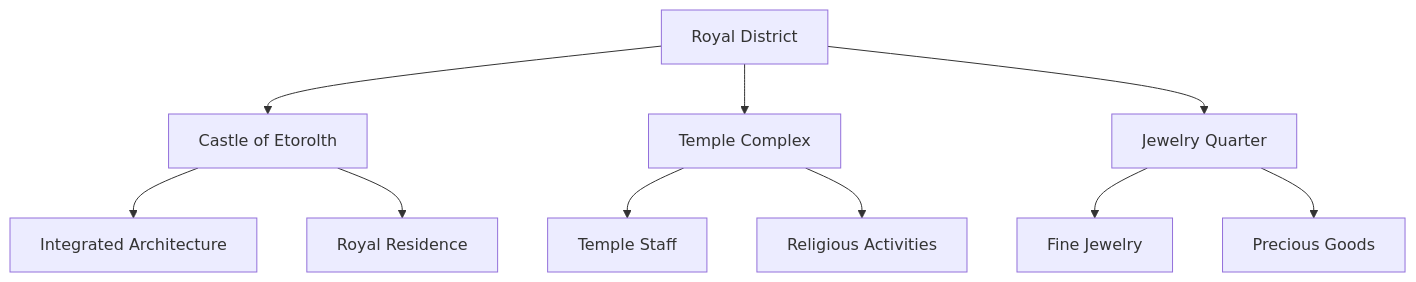
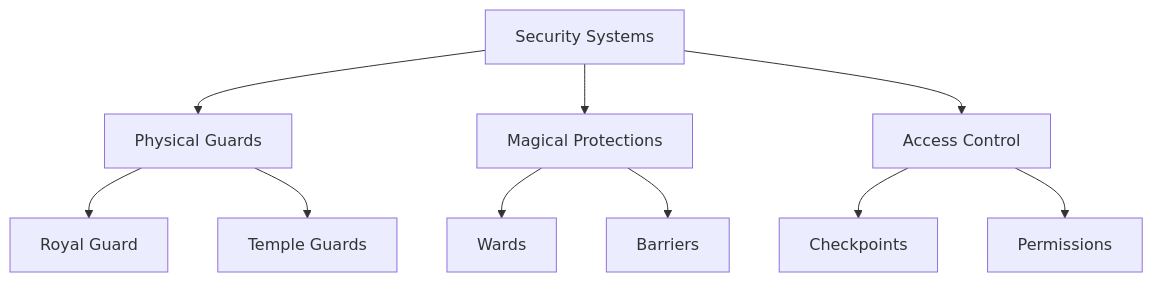
Before and after one commit to NovemberFalls/DND_Etorolth: the second of 2 diagrams in 01. Etorolth/06. The Canopy/01. The Canopy Lore.md, drawn with Mermaid. The commit also changed other lines of this file and 6 other files, not shown here.

````diff
--- a/01. Etorolth/06. The Canopy/01. The Canopy Lore.md
+++ b/01. Etorolth/06. The Canopy/01. The Canopy Lore.md
@@ -23,16 +172,15 @@
 ```mermaid
 graph TD
-    A[Royal District] --> B[Castle of Etorolth]
-    A --> C[Temple Complex]
-    A --> D[Jewelry Quarter]
+    A[Security Systems] --> B[Physical Guards]
+    A --> C[Magical Protections]
+    A --> D[Access Control]
     
-    B --> E[Integrated Architecture]
-    B --> F[Royal Residence]
+    B --> E[Royal Guard]
+    B --> F[Temple Guards]
     
-    C --> G[Temple Staff]
-    C --> H[Religious Activities]
+    C --> G[Wards]
+    C --> H[Barriers]
     
-    D --> I[Fine Jewelry]
-    D --> J[Precious Goods]
-    
+    D --> I[Checkpoints]
+    D --> J[Permissions]
 ```
````
